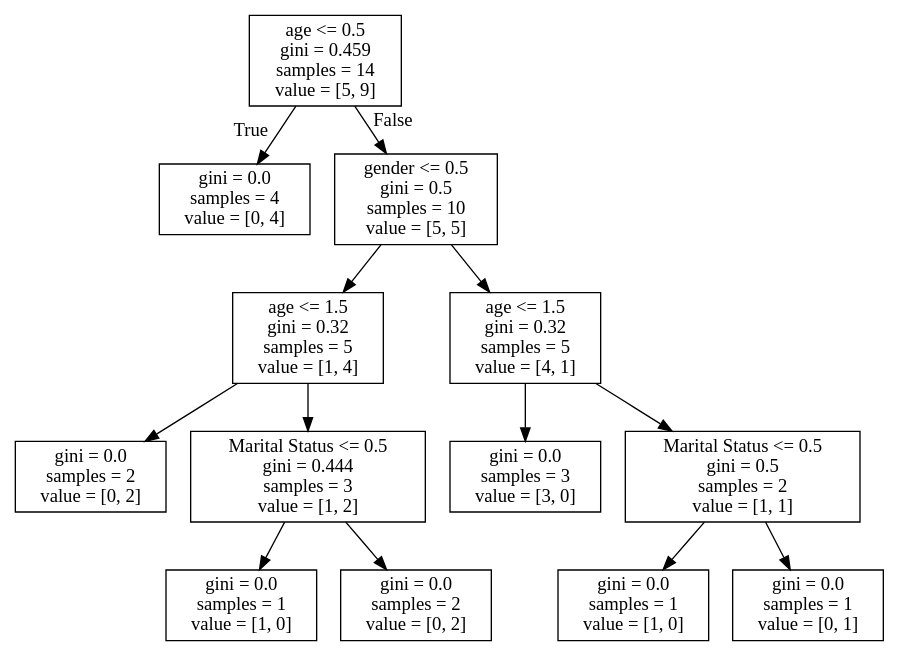
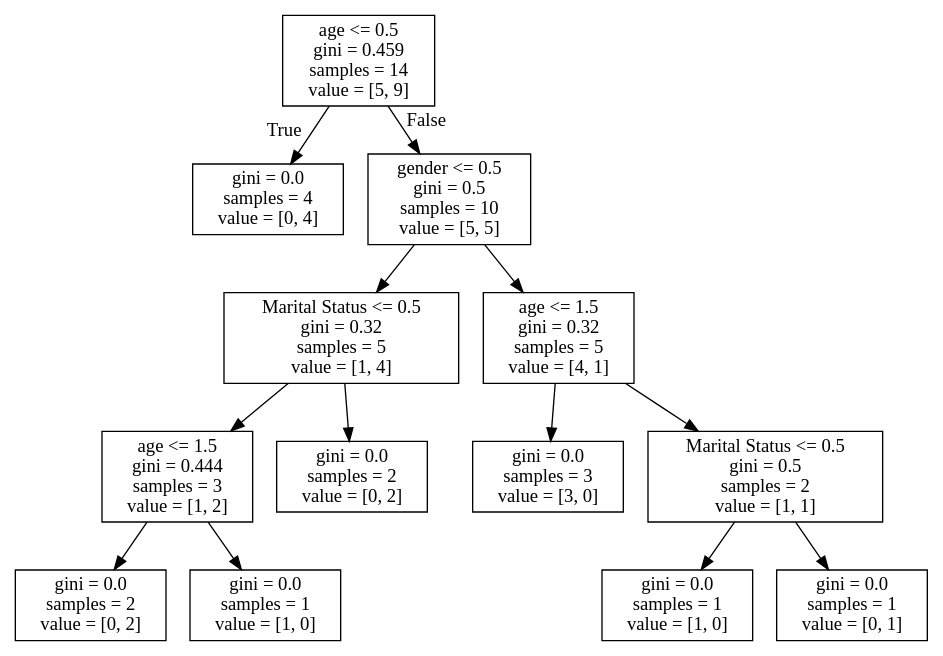
The diagram in LP3/2nd assignment/Dtree.dot (ayushbansal323/BE), drawn with Graphviz before and after one commit. The commit also changed 5 other files, not shown here.

```diff
--- a/LP3/2nd assignment/Dtree.dot
+++ b/LP3/2nd assignment/Dtree.dot
@@ -1,28 +1,28 @@
 digraph Tree {
 node [shape=box] ;
 0 [label="age <= 0.5\ngini = 0.459\nsamples = 14\nvalue = [5, 9]"] ;
 1 [label="gini = 0.0\nsamples = 4\nvalue = [0, 4]"] ;
 0 -> 1 [labeldistance=2.5, labelangle=45, headlabel="True"] ;
 2 [label="gender <= 0.5\ngini = 0.5\nsamples = 10\nvalue = [5, 5]"] ;
 0 -> 2 [labeldistance=2.5, labelangle=-45, headlabel="False"] ;
-3 [label="age <= 1.5\ngini = 0.32\nsamples = 5\nvalue = [1, 4]"] ;
+3 [label="Marital Status <= 0.5\ngini = 0.32\nsamples = 5\nvalue = [1, 4]"] ;
 2 -> 3 ;
-4 [label="gini = 0.0\nsamples = 2\nvalue = [0, 2]"] ;
+4 [label="age <= 1.5\ngini = 0.444\nsamples = 3\nvalue = [1, 2]"] ;
 3 -> 4 ;
-5 [label="Marital Status <= 0.5\ngini = 0.444\nsamples = 3\nvalue = [1, 2]"] ;
-3 -> 5 ;
+5 [label="gini = 0.0\nsamples = 2\nvalue = [0, 2]"] ;
+4 -> 5 ;
 6 [label="gini = 0.0\nsamples = 1\nvalue = [1, 0]"] ;
-5 -> 6 ;
+4 -> 6 ;
 7 [label="gini = 0.0\nsamples = 2\nvalue = [0, 2]"] ;
-5 -> 7 ;
+3 -> 7 ;
 8 [label="age <= 1.5\ngini = 0.32\nsamples = 5\nvalue = [4, 1]"] ;
 2 -> 8 ;
 9 [label="gini = 0.0\nsamples = 3\nvalue = [3, 0]"] ;
 8 -> 9 ;
 10 [label="Marital Status <= 0.5\ngini = 0.5\nsamples = 2\nvalue = [1, 1]"] ;
 8 -> 10 ;
 11 [label="gini = 0.0\nsamples = 1\nvalue = [1, 0]"] ;
 10 -> 11 ;
 12 [label="gini = 0.0\nsamples = 1\nvalue = [0, 1]"] ;
 10 -> 12 ;
 }
```
